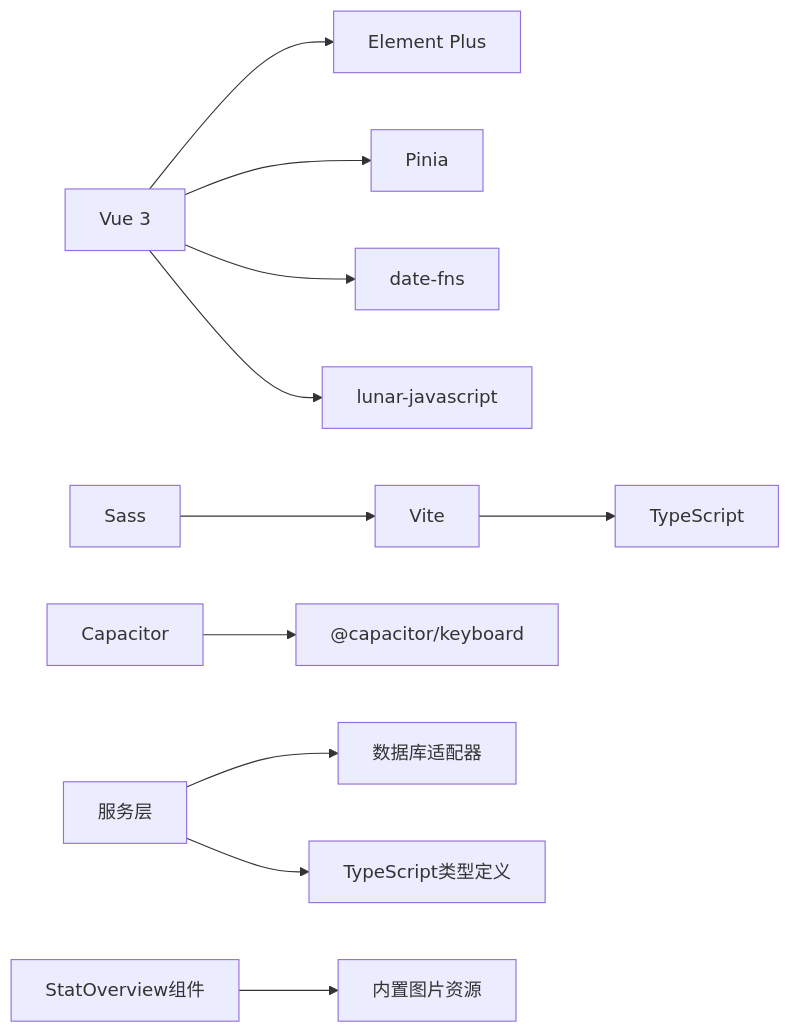
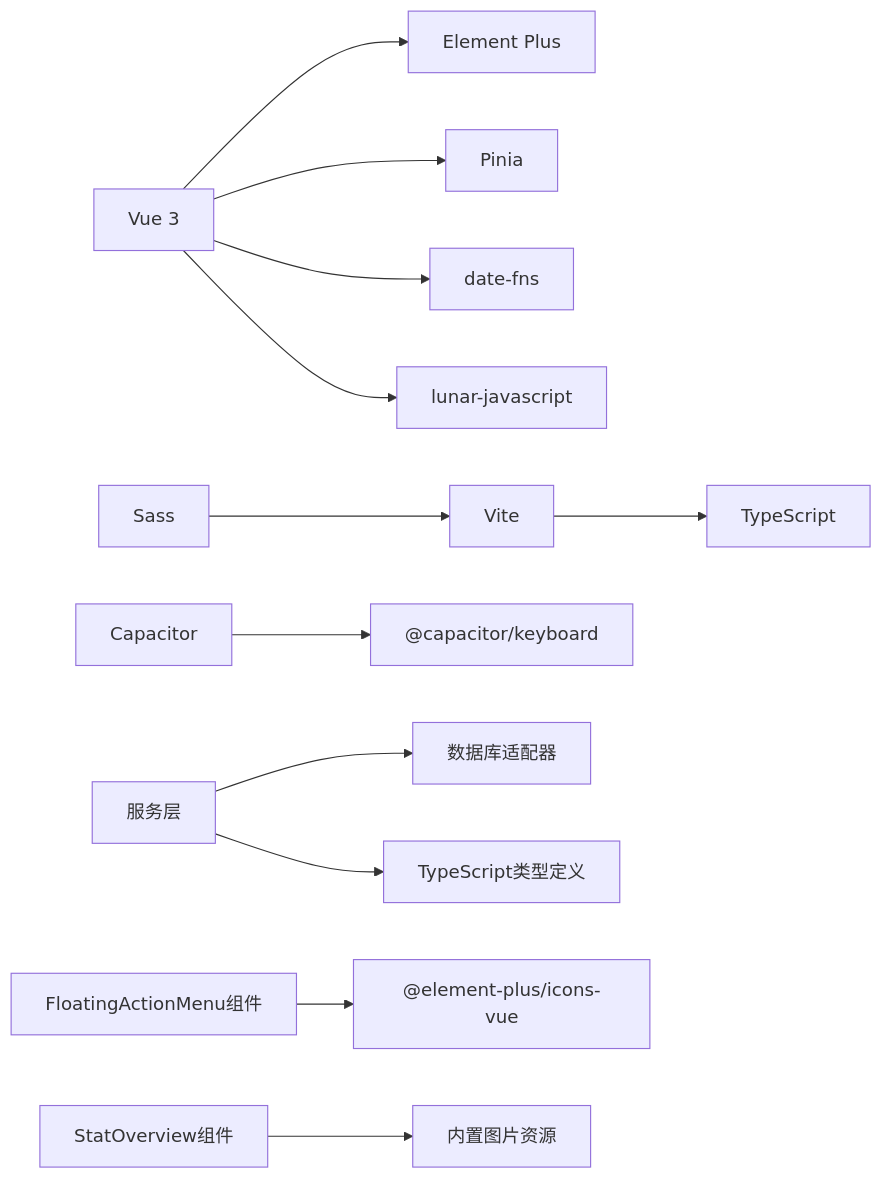
Diagram 13 of 13 in .qoder/repowiki/zh/content/UI组件/UI组件.md (xiao-lin-unit/yuan), drawn with Mermaid before and after one commit. The commit also changed other lines of this file and 13 other files, not shown here.

````diff
--- a/.qoder/repowiki/zh/content/UI组件/UI组件.md
+++ b/.qoder/repowiki/zh/content/UI组件/UI组件.md
@@ -743,13 +880,14 @@
 ```mermaid
 graph LR
 VUE["Vue 3"] --> EP["Element Plus"]
 VUE --> PINIA["Pinia"]
 VUE --> DATEFNS["date-fns"]
 VUE --> LUNAR["lunar-javascript"]
 VITE["Vite"] --> TS["TypeScript"]
 SASS["Sass"] --> VITE
 CAP["Capacitor"] --> KEYBOARD["@capacitor/keyboard"]
 SERVICE["服务层"] --> DB["数据库适配器"]
 SERVICE --> TYPES["TypeScript类型定义"]
+FAM["FloatingActionMenu组件"] --> ICONS["@element-plus/icons-vue"]
 STATOVERVIEW["StatOverview组件"] --> IMG["内置图片资源"]
 ```
````
